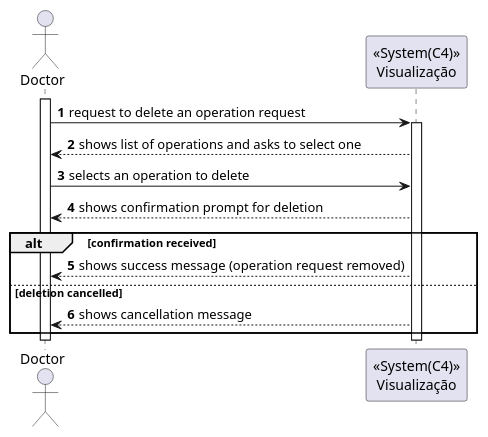
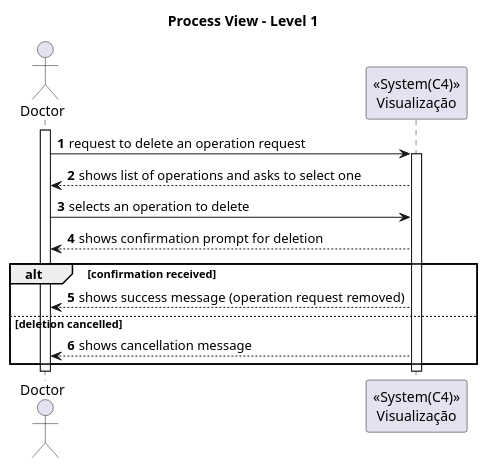
One commit to Saquinho74/LAPR5 changed the diagram in Docs/SprintA/US18/level1/process_view.puml. Above: the diagram before and after it, drawn with PlantUML. The commit also changed 2 other files, not shown here.

Commit message:
#18 Process view levels updated Logical changes

```diff
--- a/Docs/SprintA/US18/level1/process_view.puml
+++ b/Docs/SprintA/US18/level1/process_view.puml
@@ -1,28 +1,31 @@
 @startuml
 'https://plantuml.com/sequence-diagram
 
 autonumber
 actor Doctor as doc
 participant "<<System(C4)>>\nVisualização" as sys
+
+title Process View - Level 1
+
 
 activate doc
 
 doc -> sys: request to delete an operation request
 
 activate sys
 
 sys --> doc: shows list of operations and asks to select one
 doc -> sys: selects an operation to delete
 
 sys --> doc: shows confirmation prompt for deletion
 
 alt confirmation received
     sys --> doc: shows success message (operation request removed)
 else deletion cancelled
     sys --> doc: shows cancellation message
 end
 
 deactivate sys
 deactivate doc
 
 @enduml
```
